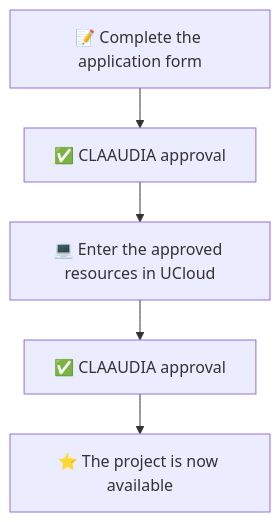
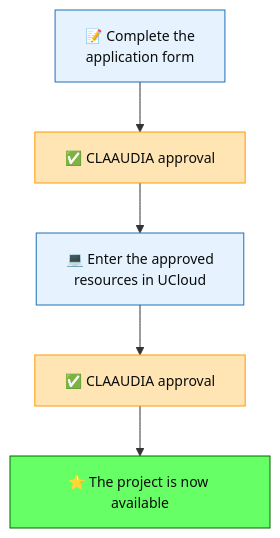
One commit to aau-claaudia/hpc changed the diagram in docs/ucloud/how-to-access.md. Above: the diagram before and after it, drawn with Mermaid. The commit also changed other lines of this file and 2 other files, not shown here.

Commit message:
align mermaid plot UCloud

````diff
--- a/docs/ucloud/how-to-access.md
+++ b/docs/ucloud/how-to-access.md
@@ -21,22 +21,20 @@
 ```mermaid
-%%{init: {
-  'themeVariables': {
-    'fontSize': '16px',
-    'nodeBorderRadius': 12
-  },
-  'flowchart': {
-    'htmlLabels': true,
-    'wrap': false,
-    'nodeSpacing': 40,
-    'rankSpacing': 40
-  }
-}}%%
 graph TD
-    A["📝 Complete the application form"] --> B["✅ CLAAUDIA approval"]
-    B --> C["💻 Enter the approved resources in UCloud"]
+    A["📝 Complete the <br/>application form"] --> B["✅ CLAAUDIA approval"]
+    B --> C["💻 Enter the approved <br/>resources in UCloud"]
     C --> D["✅ CLAAUDIA approval"]
     D --> E["⭐ The project is now available"]
 
     click A "https://forms.office.com/e/8Khbr1TJGC" "Open application form" _blank
     click C "https://cloud.sdu.dk/app/dashboard" "Open UCloud dashboard" _blank
+
+    %% Define classes for colors
+    classDef User fill:#e6f3ff,stroke:#1d70b8,color:#0b0c0c,font-size:14px;
+    classDef CLAAUDIA fill:#ffe5b4,stroke:#ff9900,color:#0b0c0c,font-size:14px;
+    classDef Completed fill:#66ff66,stroke:#006600,color:#0b0c0c,font-size:14px;
+
+    %% Assign classes
+    class A,C User;
+    class B,D CLAAUDIA;
+    class E Completed;
 ```
````
